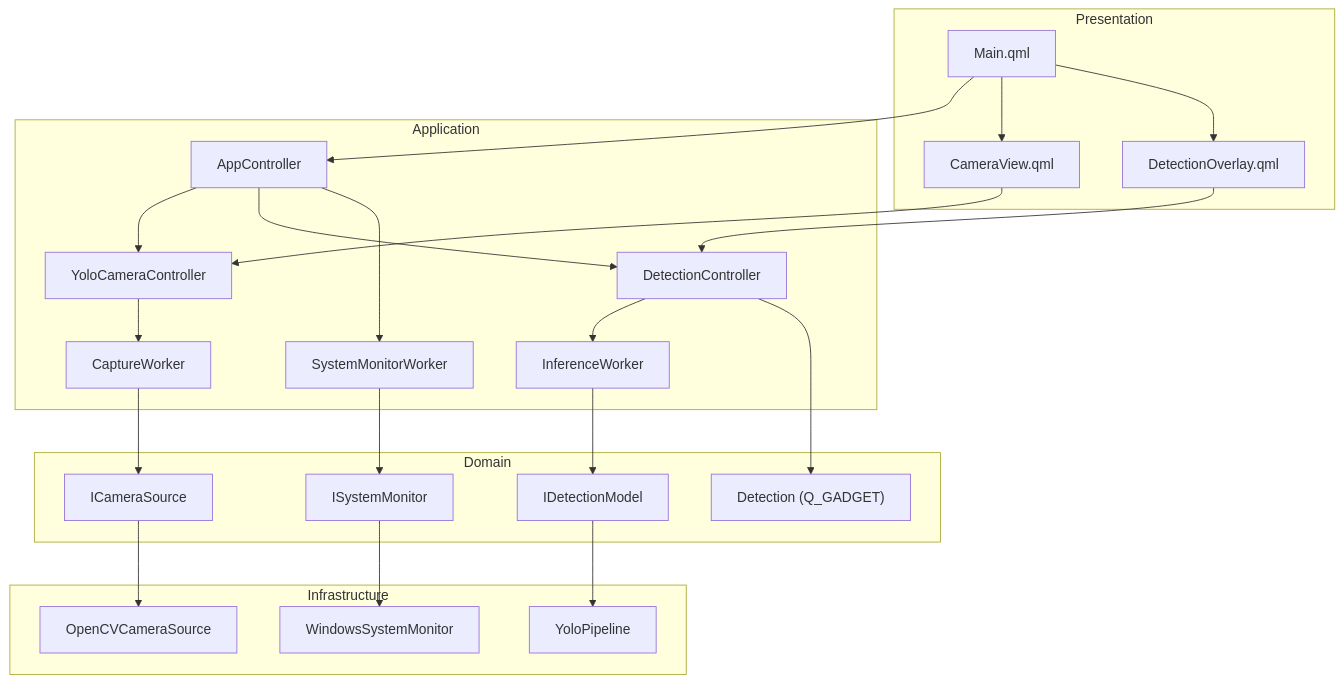
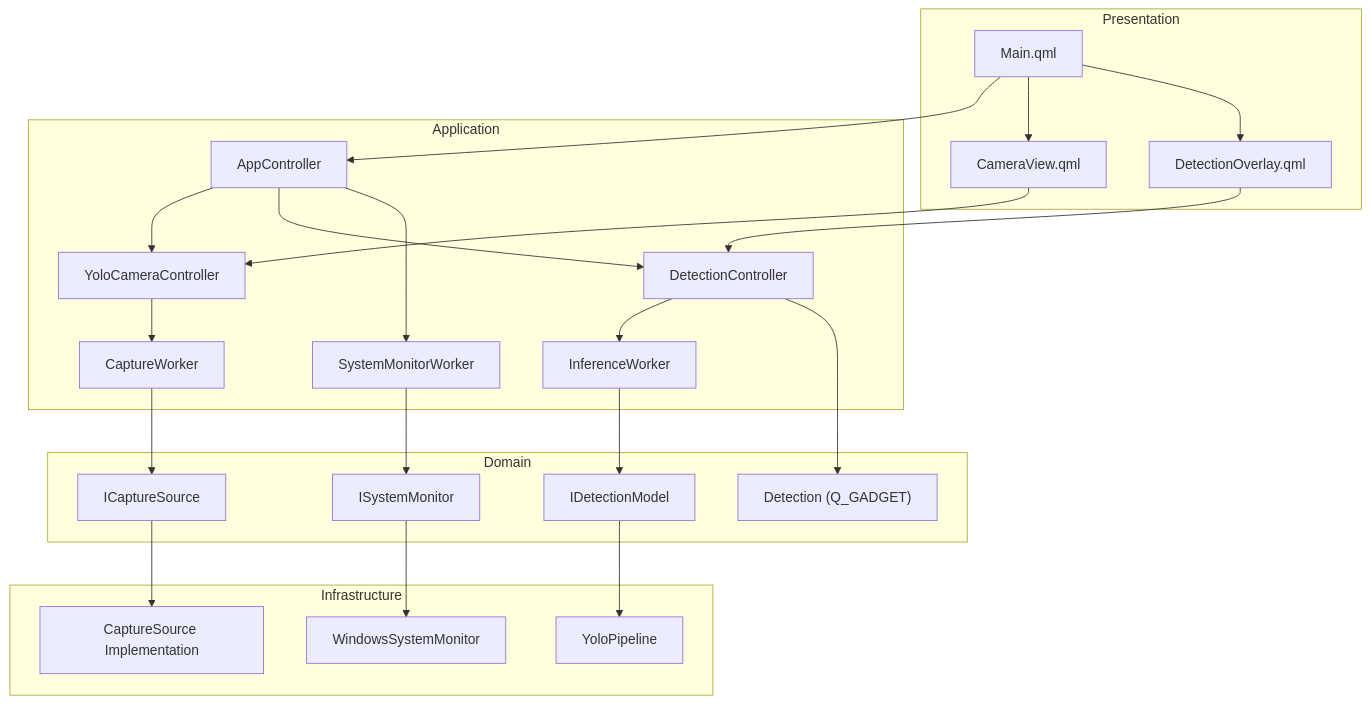
The diagram in docs/1_clean-architecture.md (andhiyaulhaq/QtQML-YOLOApp), drawn with Mermaid before and after one commit. The commit also changed other lines of this file and 26 other files, not shown here.

````diff
--- a/docs/1_clean-architecture.md
+++ b/docs/1_clean-architecture.md
@@ -344,53 +346,53 @@
 ```mermaid
 graph TD
     subgraph Presentation
         Main["Main.qml"]
         CamView["CameraView.qml"]
         DetOverlay["DetectionOverlay.qml"]
     end
 
     subgraph Application
         AppCtrl["AppController"]
         CamCtrl["YoloCameraController"]
         DetCtrl["DetectionController"]
         CaptureW["CaptureWorker"]
         InferW["InferenceWorker"]
         MonitorW["SystemMonitorWorker"]
     end
 
     subgraph Domain
-        ICamSrc["ICameraSource"]
+        ICapSrc["ICaptureSource"]
         IDetModel["IDetectionModel"]
         ISysMon["ISystemMonitor"]
         DetectionD["Detection (Q_GADGET)"]
     end
 
     subgraph Infrastructure
-        OpenCVSrc["OpenCVCameraSource"]
+        CaptureSrc["CaptureSource Implementation"]
         YoloPipe["YoloPipeline"]
         WinMon["WindowsSystemMonitor"]
     end
 
     Main --> AppCtrl
     Main --> CamView
     Main --> DetOverlay
 
     AppCtrl --> CamCtrl
     AppCtrl --> DetCtrl
 
     CamCtrl --> CaptureW
     DetCtrl --> InferW
     AppCtrl --> MonitorW
 
-    CaptureW --> ICamSrc
+    CaptureW --> ICapSrc
     InferW --> IDetModel
     MonitorW --> ISysMon
 
-    ICamSrc --> OpenCVSrc
+    ICapSrc --> CaptureSrc
     IDetModel --> YoloPipe
     ISysMon --> WinMon
 
     DetCtrl --> DetectionD
     DetOverlay --> DetCtrl
     CamView --> CamCtrl
 ```
````
